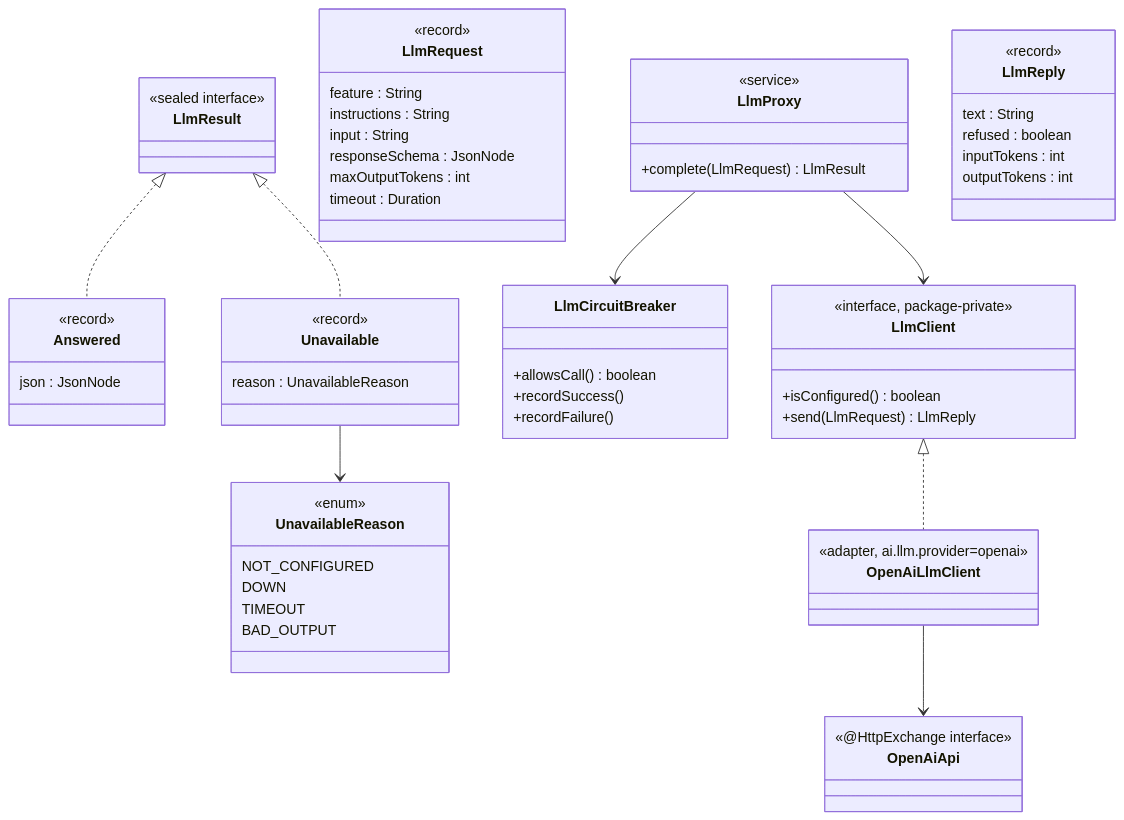
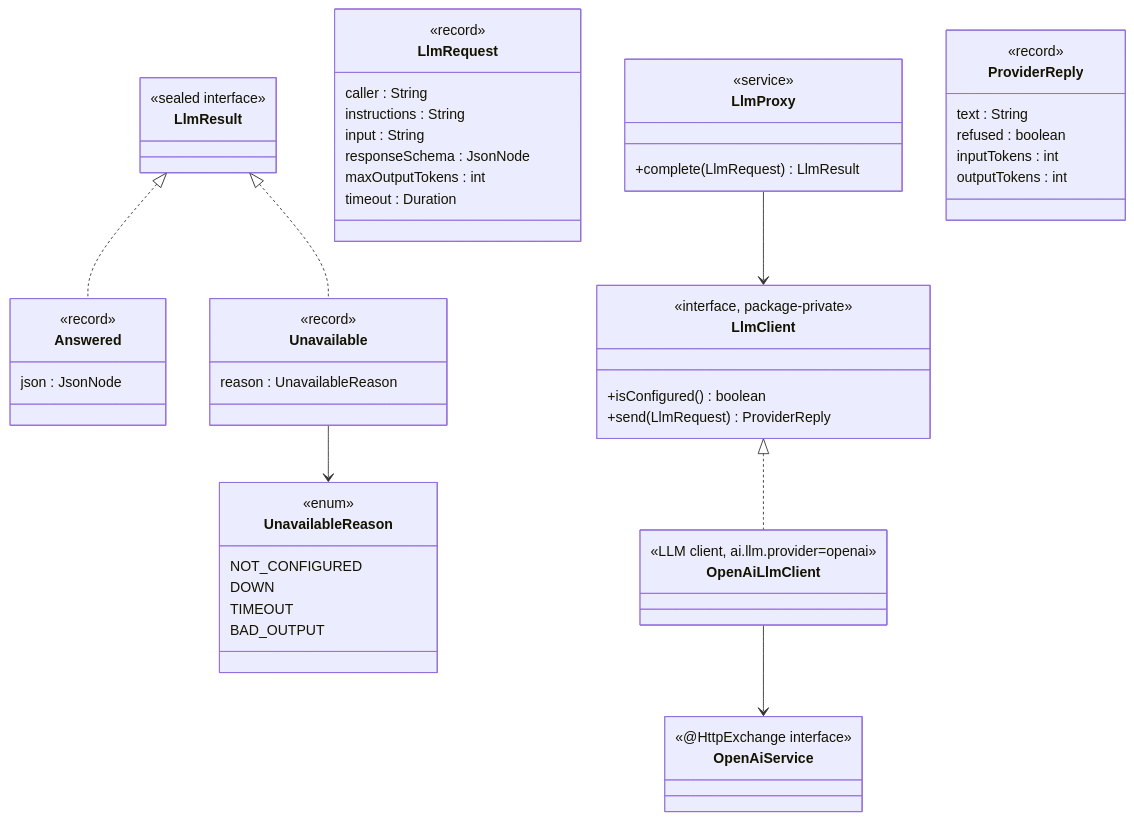
One commit to Washingtonwei/project-pulse changed the first of 2 diagrams in docs/design/ai.md. Above: the diagram before and after it, drawn with Mermaid. The commit also changed other lines of this file and 22 other files, not shown here.

````diff
--- a/docs/design/ai.md
+++ b/docs/design/ai.md
@@ -20,64 +20,58 @@
 ```mermaid
 classDiagram
     class LlmProxy {
       <<service>>
       +complete(LlmRequest) LlmResult
     }
     class LlmRequest {
       <<record>>
-      feature : String
+      caller : String
       instructions : String
       input : String
       responseSchema : JsonNode
       maxOutputTokens : int
       timeout : Duration
     }
     class LlmResult {
       <<sealed interface>>
     }
     class Answered {
       <<record>>
       json : JsonNode
     }
     class Unavailable {
       <<record>>
       reason : UnavailableReason
     }
     class UnavailableReason {
       <<enum>>
       NOT_CONFIGURED
       DOWN
       TIMEOUT
       BAD_OUTPUT
     }
-    class LlmCircuitBreaker {
-      +allowsCall() boolean
-      +recordSuccess()
-      +recordFailure()
-    }
     class LlmClient {
       <<interface, package-private>>
       +isConfigured() boolean
-      +send(LlmRequest) LlmReply
+      +send(LlmRequest) ProviderReply
     }
-    class LlmReply {
+    class ProviderReply {
       <<record>>
       text : String
       refused : boolean
       inputTokens : int
       outputTokens : int
     }
     class OpenAiLlmClient {
-      <<adapter, ai.llm.provider=openai>>
+      <<LLM client, ai.llm.provider=openai>>
     }
-    class OpenAiApi {
+    class OpenAiService {
       <<@HttpExchange interface>>
     }
     LlmResult <|.. Answered
     LlmResult <|.. Unavailable
     Unavailable --> UnavailableReason
-    LlmProxy --> LlmCircuitBreaker
     LlmProxy --> LlmClient
     LlmClient <|.. OpenAiLlmClient
-    OpenAiLlmClient --> OpenAiApi
+    OpenAiLlmClient --> OpenAiService
 ```
````
